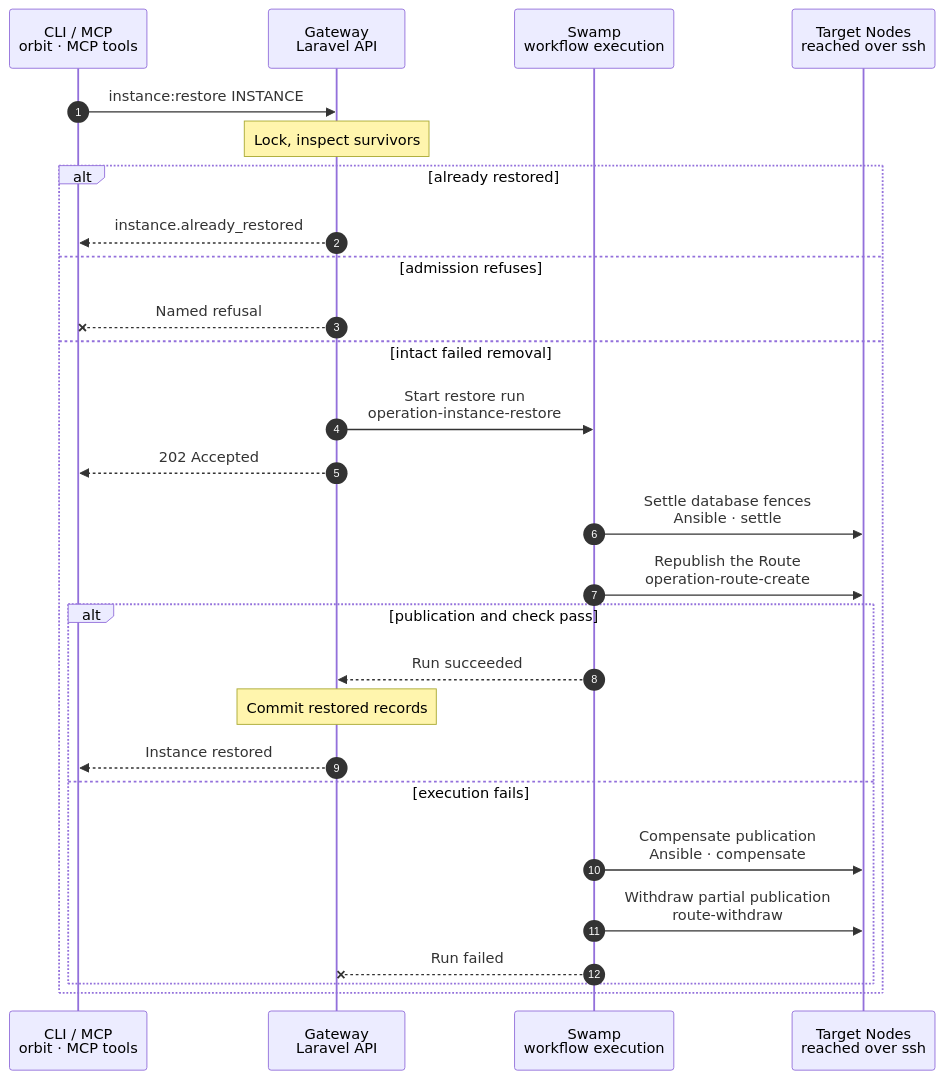
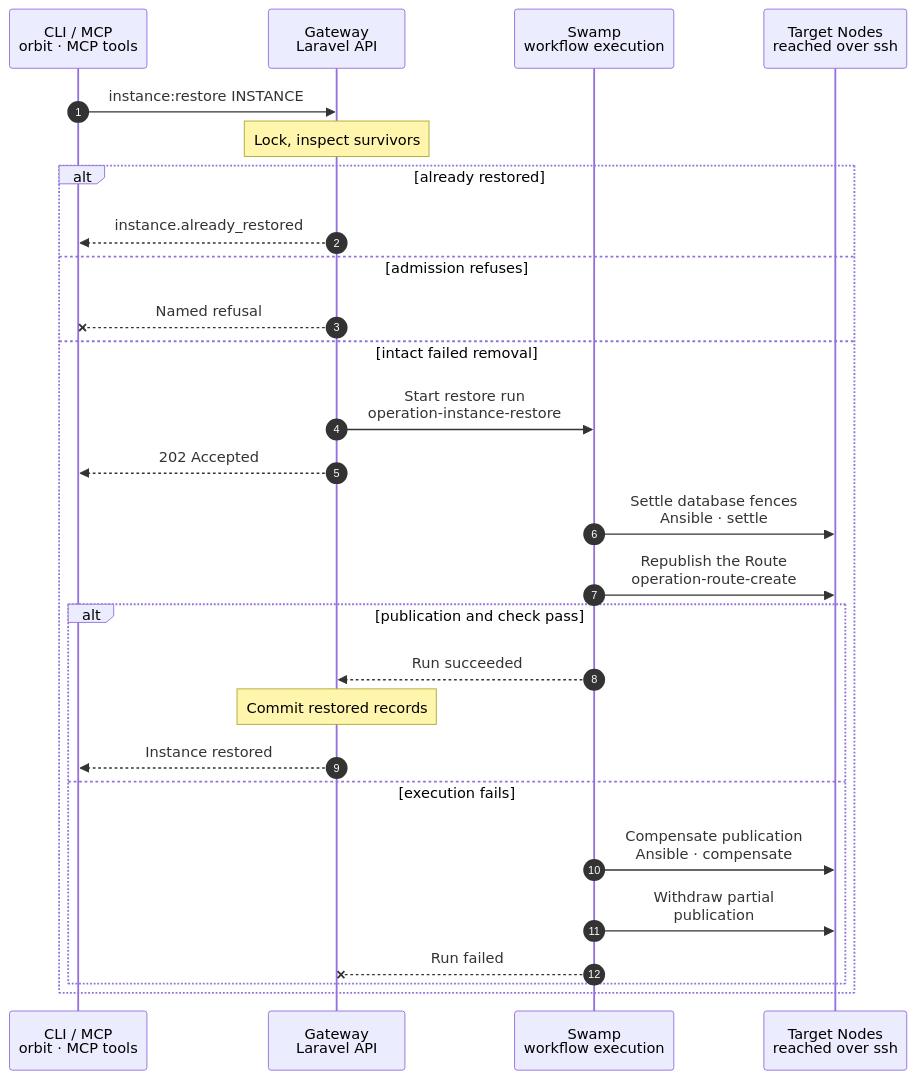
Before and after one commit to hardimpactdev/orbit: the diagram in docs/cli/instance/restore.mmd, drawn with Mermaid. The commit also changed 40 other files, not shown here.

Commit message:
feat(instance): restore intact failed removals through Route publication

```diff
--- a/docs/cli/instance/restore.mmd
+++ b/docs/cli/instance/restore.mmd
@@ -1,81 +1,81 @@
 sequenceDiagram
   %% Target design: abandon only an intact failed development Instance removal.
   %% Tightened: admission evidence, exact fence settlement, shared Route create children, compensation before hold release.
   %% status: draft
   %% command: instance:restore
   %% kind: instance.restore
   autonumber
   %% lane CLI icon=terminal pill=caller tone=gray
   %% lane GW icon=gateway pill=intent tone=blue
   %% lane SW icon=workflow pill=executes tone=green
   %% lane N icon=server pill=target tone=amber
   participant CLI as CLI / MCP<br/>orbit · MCP tools
   participant GW as Gateway<br/>Laravel API
   participant SW as Swamp<br/>workflow execution
   participant N as Target Nodes<br/>reached over ssh
   CLI->>GW: instance:restore INSTANCE
   %%> Input:
   %%> - the numeric development Instance ID
   Note over GW: Lock, inspect survivors
   %%> Requirements:
   %%> - lock the Instance, removal, databases and Route publication
   %%> - the latest live removal failed and all its native runs conclusively stopped
   %%> - no queued, running or waiting lifecycle, Process or Schedule work
   %%> - one bounded source read proves checkout, workspace and Git identity
   %%> - an admin catalog read proves every planned database, user and ownership
   alt already restored
     %% path: already-restored
     GW-->>CLI: instance.already_restored
     %%> Result:
     %%> - verify the successful restoration receipt and current active records; return the stable skip
   else admission refuses
     %% path: refused
     GW--xCLI: Named refusal
     %%> Result:
     %%> - identify the missing resource, irreversible step or drift; no restore Operation or publication
   else intact failed removal
     %% path: main
     GW->>SW: Start restore run<br/>operation-instance-restore
     %%> Captures:
     %%> - this removal's own verified journal rows, Route and targets
     %%> - keep the Instance removing and the removal failed/live
     %%> - keep publication holds until terminal compensation settles
     GW-->>CLI: 202 Accepted
     %%> Result:
     %%> - follow the instance.restore Operation
     SW->>N: Settle database fences<br/>Ansible · settle
     %%> What it does:
     %%> - delete only captured matching name, OID and allow-connections rows; already absent succeeds
     %%> - refuse identity or admission drift; no ALTER and no schema-wide delete
     SW->>N: Republish the Route<br/>operation-route-create
     %%> What it does:
     %%> - reuse the CSR, sign, site, TLS and DNS children with the same Route, targets and domain
     %%> - the existing site phase writes only the awake marker
     %%> - TLS publication and its check complete before active records
     alt publication and check pass
       %% path: restored
       SW-->>GW: Run succeeded
       %%> Result:
       %%> - project only the bound terminal run
       Note over GW: Commit restored records
       %%> Result:
       %%> - in one transaction: members abandoned_at, removal abandoned with step/error fields cleared, Instance active and Route active/published
       %%> - preserve removal inventory, deletion receipts and old failed Operations
       GW-->>CLI: Instance restored
       %%> Result:
       %%> - a later destroy captures a fresh identity and inventory
     else execution fails
       %% path: failed
       SW->>N: Compensate publication<br/>Ansible · compensate
       %%> What it does:
       %%> - remove only a newly written awake marker
-      SW->>N: Withdraw partial publication<br/>route-withdraw
+      SW->>N: Withdraw partial<br/>publication
       %%> What it does:
       %%> - withdraw a partial site and DNS before releasing publication holds
       %%> - preserve checkout, databases and completed fence settlement
       SW--xGW: Run failed
       %%> Result:
       %%> - Instance removing, removal failed/live and restore Operation failed
       %%> - expose compensation failure; a fresh restore attempt is repeatable
     end
   end
```
